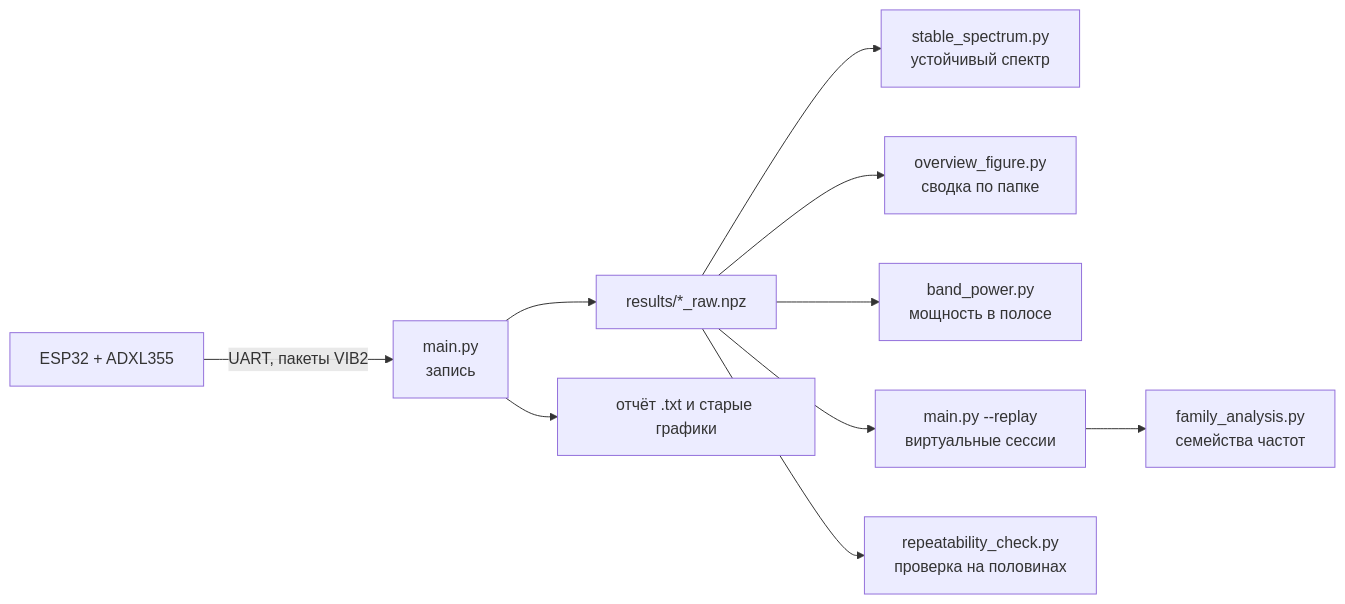
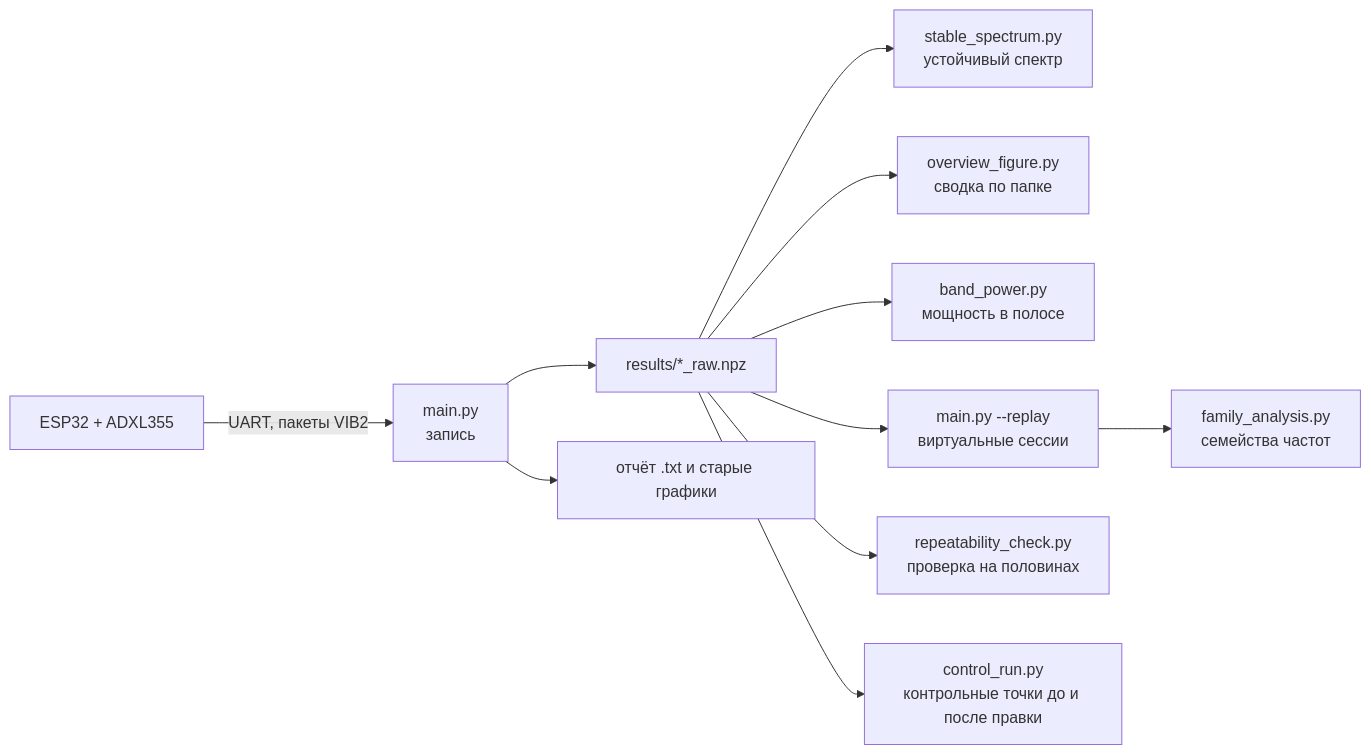
Before and after one commit to artallo/vibro: the diagram in Vibro_vault/Проект/Обзор проекта.md, drawn with Mermaid. The commit also changed other lines of this file and 3 other files, not shown here.

````diff
--- a/Vibro_vault/Проект/Обзор проекта.md
+++ b/Vibro_vault/Проект/Обзор проекта.md
@@ -29,12 +29,13 @@
 ```mermaid
 flowchart LR
     A[ESP32 + ADXL355] -->|UART, пакеты VIB2| B[main.py<br>запись]
     B --> C[results/*_raw.npz]
     B --> D[отчёт .txt и старые графики]
     C --> E[stable_spectrum.py<br>устойчивый спектр]
     C --> F[overview_figure.py<br>сводка по папке]
     C --> J[band_power.py<br>мощность в полосе]
     C --> G[main.py --replay<br>виртуальные сессии]
     G --> H[family_analysis.py<br>семейства частот]
     C --> I[repeatability_check.py<br>проверка на половинах]
+    C --> K[control_run.py<br>контрольные точки до и после правки]
 ```
````
